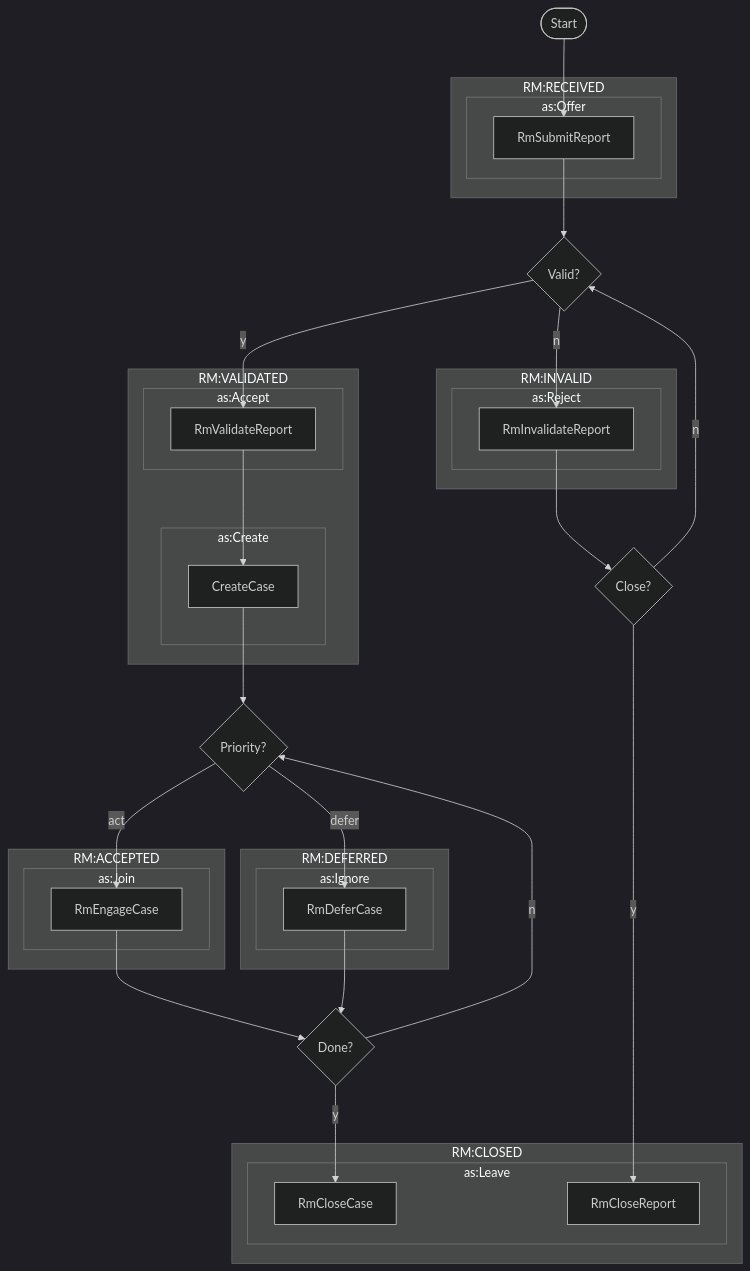
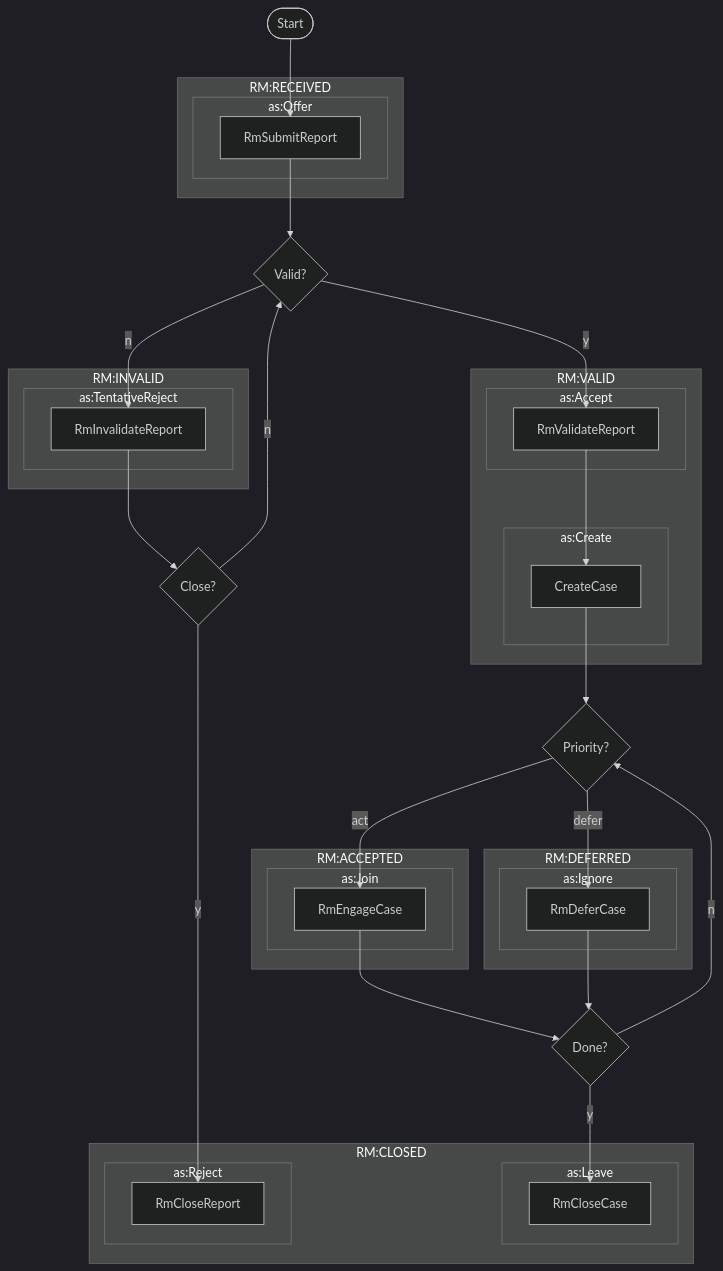
One commit to CERTCC/Vultron changed the diagram in docs/howto/activitypub/activities/manage_case.md. Above: the diagram before and after it, drawn with Mermaid (dark theme). The commit also changed other lines of this file and 20 other files, not shown here.

````diff
--- a/docs/howto/activitypub/activities/manage_case.md
+++ b/docs/howto/activitypub/activities/manage_case.md
@@ -8,58 +8,60 @@
 ```mermaid
 flowchart TB
     subgraph RM:RECEIVED
         subgraph as:Offer
             RmSubmitReport
         end
     end
-    subgraph RM:VALIDATED 
+    subgraph RM:VALID
         subgraph as:Accept
             RmValidateReport
         end
         subgraph as:Create
             CreateCase
         end
     end
     subgraph RM:INVALID
-        subgraph as:Reject
+        subgraph as:TentativeReject
             RmInvalidateReport
         end
     end
     subgraph RM:ACCEPTED
         subgraph as:Join
             RmEngageCase
         end
     end
     subgraph RM:DEFERRED
         subgraph as:Ignore
             RmDeferCase
         end
     end
     subgraph RM:CLOSED
         subgraph as:Leave
             RmCloseCase
+        end
+        subgraph as:Reject
             RmCloseReport
         end
     end
 
     d{Done?}
     c{Close?}
     p{Priority?}
     v{Valid?}
     start([Start])
     start --> RmSubmitReport
     RmSubmitReport --> v
     v -->|y| RmValidateReport
     v -->|n| RmInvalidateReport
     RmInvalidateReport --> c
     c -->|y| RmCloseReport
     RmValidateReport --> CreateCase
     CreateCase --> p
     p -->|act| RmEngageCase
     d -->|n| p
     p -->|defer| RmDeferCase
     RmEngageCase --> d
     RmDeferCase --> d
     c -->|n| v
     d -->|y| RmCloseCase
 ```
````
